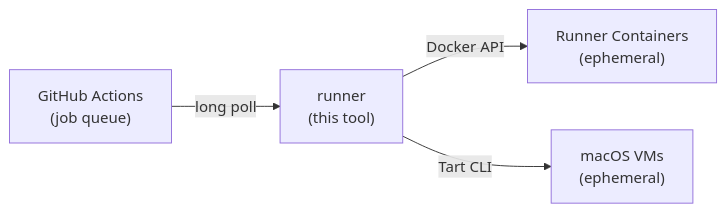
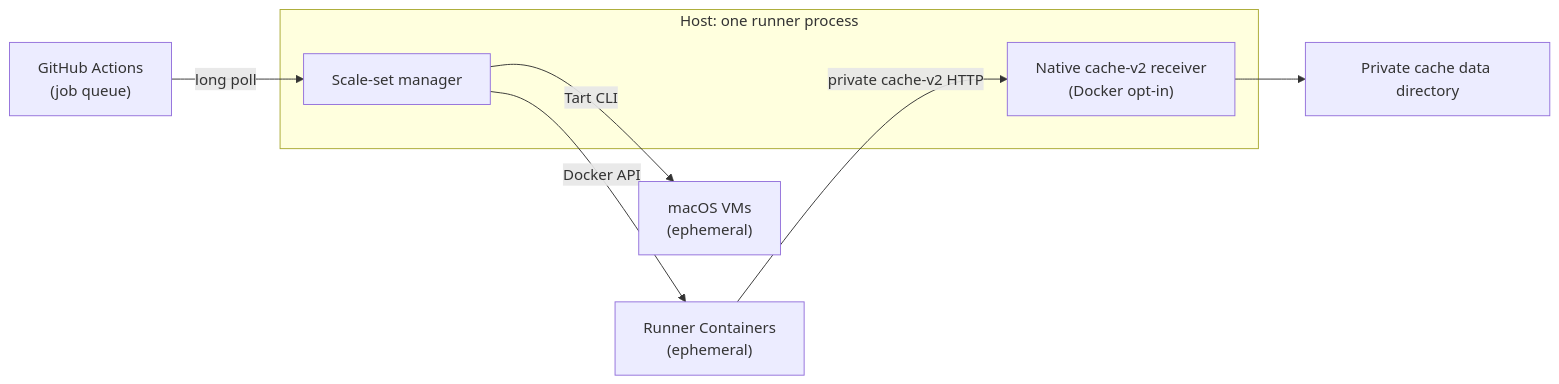
The diagram in README.md (ysya/runscaler), drawn with Mermaid before and after one commit. The commit also changed other lines of this file and 5 other files, not shown here.

Commit message:
docs(cache): clarify native receiver architecture

````diff
--- a/README.md
+++ b/README.md
@@ -29,6 +29,12 @@
 ```mermaid
 flowchart LR
-    A["GitHub Actions<br/>(job queue)"] -- long poll --> B["runner<br/>(this tool)"]
+    A["GitHub Actions<br/>(job queue)"] -- long poll --> B
+    subgraph H["Host: one runner process"]
+        B["Scale-set manager"]
+        E["Native cache-v2 receiver<br/>(Docker opt-in)"]
+    end
     B -- Docker API --> C["Runner Containers<br/>(ephemeral)"]
     B -- Tart CLI --> D["macOS VMs<br/>(ephemeral)"]
+    C -- private cache-v2 HTTP --> E
+    E --> F["Private cache data directory"]
 ```
````
